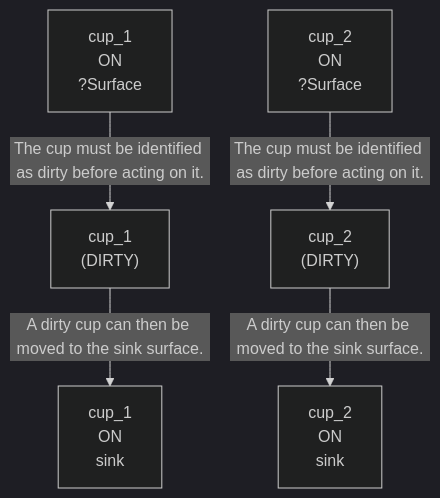
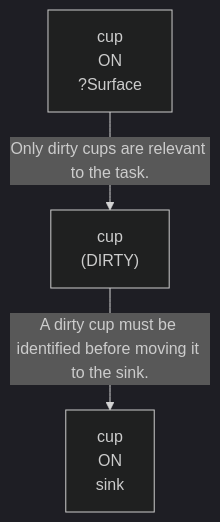
Before and after one commit to scuama/virtualhome: the fourth of 4 diagrams in evaluation/results/table1/robostate/dynamic/medium/M1_03/run_T1_DYN_M1_03_medium.md, drawn with Mermaid (dark theme). The commit also changed other lines of this file and 133 other files, not shown here.

````diff
--- a/evaluation/results/table1/robostate/dynamic/medium/M1_03/run_T1_DYN_M1_03_medium.md
+++ b/evaluation/results/table1/robostate/dynamic/medium/M1_03/run_T1_DYN_M1_03_medium.md
@@ -183,13 +168,8 @@
 ```mermaid
 graph TD
-    N1["cup_1<br>ON<br>?Surface"]
-    N2["cup_1<br>(DIRTY)"]
-    N3["cup_2<br>ON<br>?Surface"]
-    N4["cup_2<br>(DIRTY)"]
-    N5["cup_1<br>ON<br>sink"]
-    N6["cup_2<br>ON<br>sink"]
-    N1 -->|"The cup must be identified as dirty before acting on it."| N2
-    N2 -->|"A dirty cup can then be moved to the sink surface."| N5
-    N3 -->|"The cup must be identified as dirty before acting on it."| N4
-    N4 -->|"A dirty cup can then be moved to the sink surface."| N6
+    N1["cup<br>ON<br>?Surface"]
+    N2["cup<br>(DIRTY)"]
+    N3["cup<br>ON<br>sink"]
+    N1 -->|"Only dirty cups are relevant to the task."| N2
+    N2 -->|"A dirty cup must be identified before moving it to the sink."| N3
 ```
````
